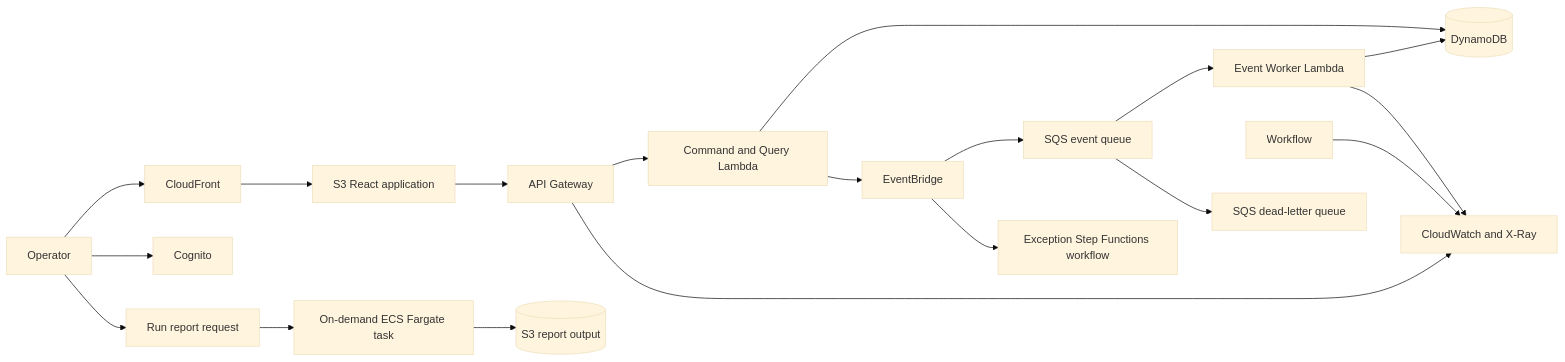
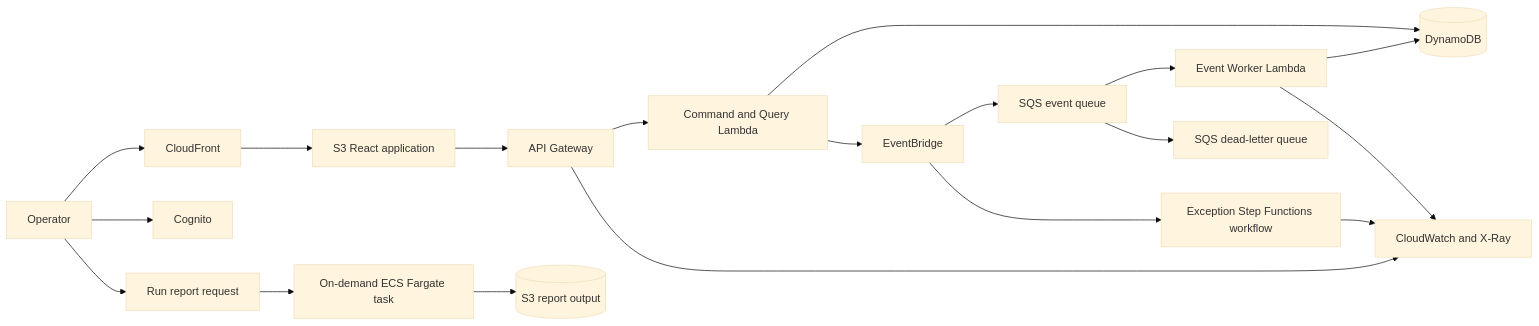
One commit to signalgap9-del/peachtree-dispatch changed the diagram in docs/architecture.md. Above: the diagram before and after it, drawn with Mermaid (base theme). The commit also changed other lines of this file and 36 other files, not shown here.

````diff
--- a/docs/architecture.md
+++ b/docs/architecture.md
@@ -27,21 +29,21 @@
 ```mermaid
 flowchart LR
     User[Operator] --> CloudFront
     CloudFront --> Web[S3 React application]
     User --> Cognito
     Web --> Api[API Gateway]
     Api --> Commands[Command and Query Lambda]
     Commands --> Table[(DynamoDB)]
     Commands --> Bus[EventBridge]
     Bus --> Queue[SQS event queue]
     Queue --> Worker[Event Worker Lambda]
     Worker --> Table
     Queue --> DLQ[SQS dead-letter queue]
     Bus --> Exceptions[Exception Step Functions workflow]
     User --> Report[Run report request]
     Report --> Fargate[On-demand ECS Fargate task]
     Fargate --> Archive[(S3 report output)]
     Api --> Observability[CloudWatch and X-Ray]
     Worker --> Observability
-    Workflow --> Observability
+    Exceptions --> Observability
 ```
````
